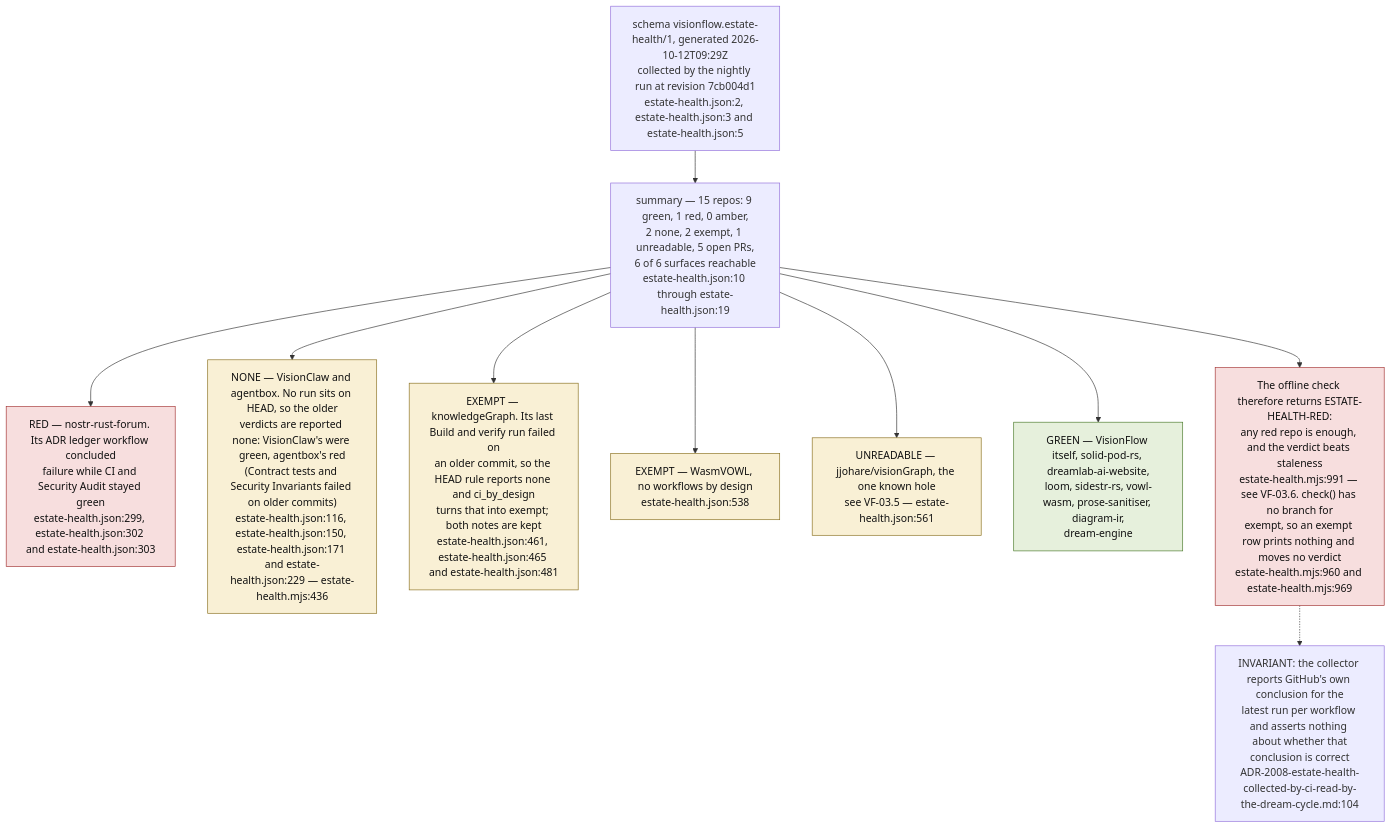
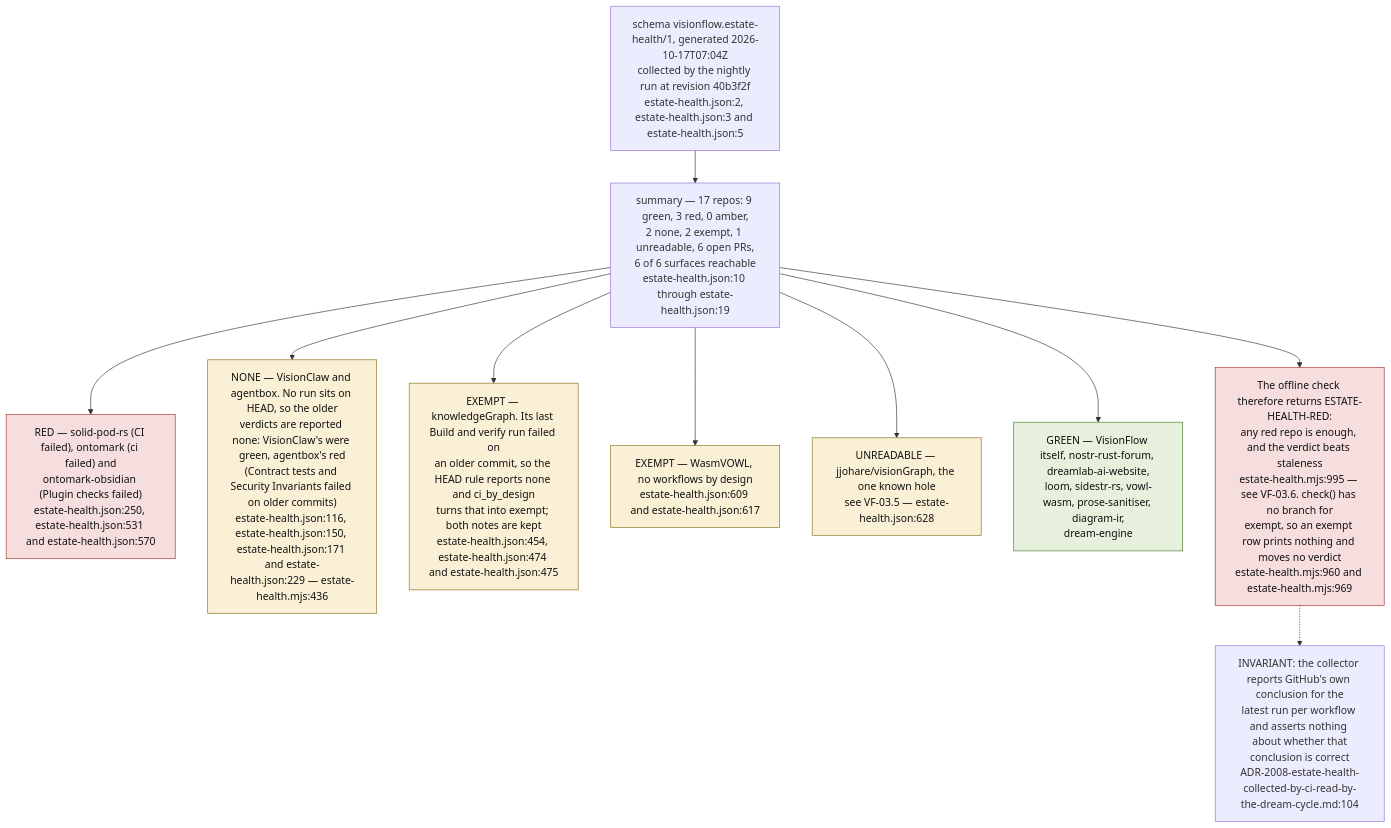
The ninth of 9 diagrams in docs/diagrams/visionflow/03-estate-health.md (DreamLab-AI/VisionFlow), drawn with Mermaid before and after one commit. The commit also changed other lines of this file and 1 other file, not shown here.

Commit message:
docs(diagrams): VF-03.5/.11 snapshot figures and estate-health citations re-verified (17 repos, 9 green, 3 red)
Also re-cite check() lines in VF-03.6 and VF-04 after the age-INFO hoist.

````diff
--- a/docs/diagrams/visionflow/03-estate-health.md
+++ b/docs/diagrams/visionflow/03-estate-health.md
@@ -277,23 +277,23 @@
 ```mermaid
 flowchart TB
     classDef red fill:#f7dede,stroke:#a33333,color:#111
     classDef green fill:#e6f0dc,stroke:#4a7a2a,color:#111
     classDef amb fill:#f9f0d5,stroke:#8a7020,color:#111
 
-    SNAP["schema visionflow.estate-health/1, generated 2026-10-12T09:29Z<br/>collected by the nightly run at revision 7cb004d1<br/>estate-health.json:2, estate-health.json:3 and estate-health.json:5"]
+    SNAP["schema visionflow.estate-health/1, generated 2026-10-17T07:04Z<br/>collected by the nightly run at revision 40b3f2f<br/>estate-health.json:2, estate-health.json:3 and estate-health.json:5"]
 
-    SNAP --> SUM["summary — 15 repos: 9 green, 1 red, 0 amber,<br/>2 none, 2 exempt, 1 unreadable, 5 open PRs,<br/>6 of 6 surfaces reachable<br/>estate-health.json:10 through estate-health.json:19"]
+    SNAP --> SUM["summary — 17 repos: 9 green, 3 red, 0 amber,<br/>2 none, 2 exempt, 1 unreadable, 6 open PRs,<br/>6 of 6 surfaces reachable<br/>estate-health.json:10 through estate-health.json:19"]
 
-    SUM --> R3["RED — nostr-rust-forum. Its ADR ledger workflow concluded<br/>failure while CI and Security Audit stayed green<br/>estate-health.json:299, estate-health.json:302 and estate-health.json:303"]:::red
+    SUM --> R3["RED — solid-pod-rs (CI failed), ontomark (ci failed) and<br/>ontomark-obsidian (Plugin checks failed)<br/>estate-health.json:250, estate-health.json:531 and estate-health.json:570"]:::red
     SUM --> N1["NONE — VisionClaw and agentbox. No run sits on HEAD, so the older<br/>verdicts are reported none: VisionClaw's were green, agentbox's red<br/>(Contract tests and Security Invariants failed on older commits)<br/>estate-health.json:116, estate-health.json:150, estate-health.json:171 and estate-health.json:229 — estate-health.mjs:436"]:::amb
-    SUM --> E1["EXEMPT — knowledgeGraph. Its last Build and verify run failed on<br/>an older commit, so the HEAD rule reports none and ci_by_design<br/>turns that into exempt; both notes are kept<br/>estate-health.json:461, estate-health.json:465 and estate-health.json:481"]:::amb
-    SUM --> E2["EXEMPT — WasmVOWL, no workflows by design<br/>estate-health.json:538"]:::amb
-    SUM --> U1["UNREADABLE — jjohare/visionGraph, the one known hole<br/>see VF-03.5 — estate-health.json:561"]:::amb
-    SUM --> G1["GREEN — VisionFlow itself, solid-pod-rs, dreamlab-ai-website,<br/>loom, sidestr-rs, vowl-wasm, prose-sanitiser, diagram-ir,<br/>dream-engine"]:::green
+    SUM --> E1["EXEMPT — knowledgeGraph. Its last Build and verify run failed on<br/>an older commit, so the HEAD rule reports none and ci_by_design<br/>turns that into exempt; both notes are kept<br/>estate-health.json:454, estate-health.json:474 and estate-health.json:475"]:::amb
+    SUM --> E2["EXEMPT — WasmVOWL, no workflows by design<br/>estate-health.json:609 and estate-health.json:617"]:::amb
+    SUM --> U1["UNREADABLE — jjohare/visionGraph, the one known hole<br/>see VF-03.5 — estate-health.json:628"]:::amb
+    SUM --> G1["GREEN — VisionFlow itself, nostr-rust-forum, dreamlab-ai-website,<br/>loom, sidestr-rs, vowl-wasm, prose-sanitiser, diagram-ir,<br/>dream-engine"]:::green
 
-    VERD["The offline check therefore returns ESTATE-HEALTH-RED:<br/>any red repo is enough, and the verdict beats staleness<br/>estate-health.mjs:991 — see VF-03.6. check() has no branch for<br/>exempt, so an exempt row prints nothing and moves no verdict<br/>estate-health.mjs:960 and estate-health.mjs:969"]:::red
+    VERD["The offline check therefore returns ESTATE-HEALTH-RED:<br/>any red repo is enough, and the verdict beats staleness<br/>estate-health.mjs:995 — see VF-03.6. check() has no branch for<br/>exempt, so an exempt row prints nothing and moves no verdict<br/>estate-health.mjs:960 and estate-health.mjs:969"]:::red
     SUM --> VERD
 
     INV["INVARIANT: the collector reports GitHub's own conclusion for the<br/>latest run per workflow and asserts nothing about whether that<br/>conclusion is correct<br/>ADR-2008-estate-health-collected-by-ci-read-by-the-dream-cycle.md:104"]
     VERD -.-> INV
 ```
````
